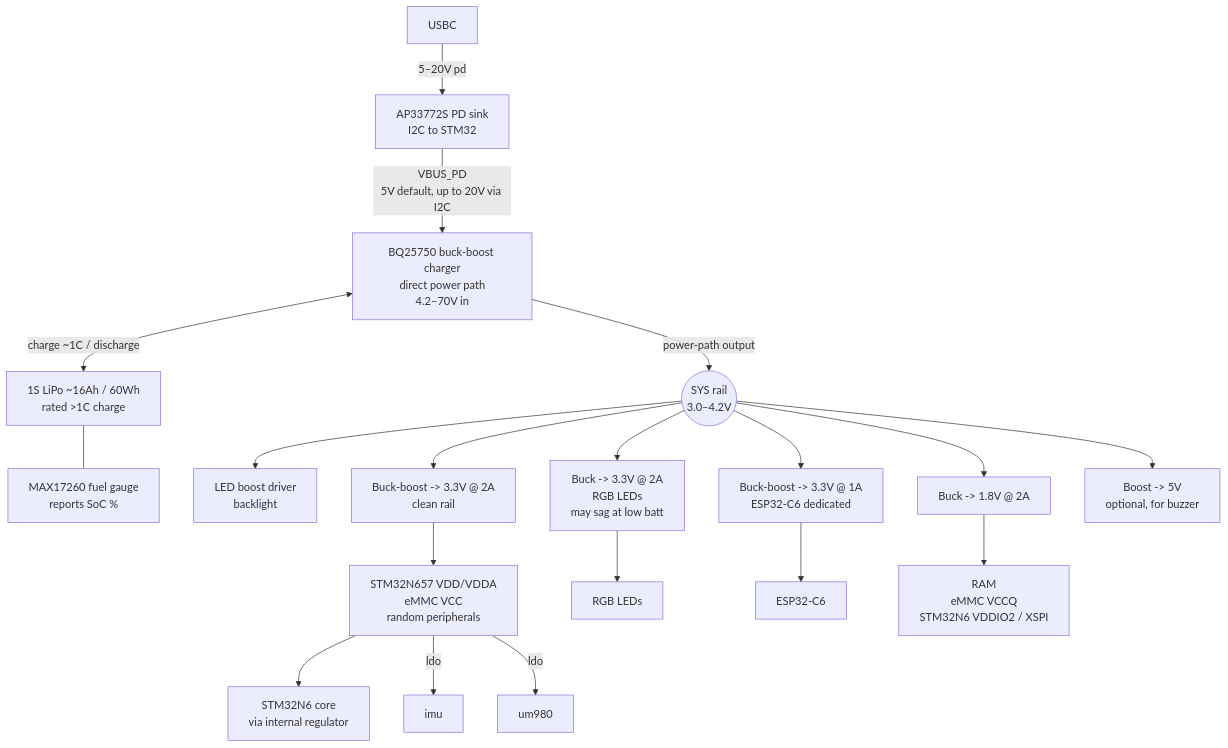
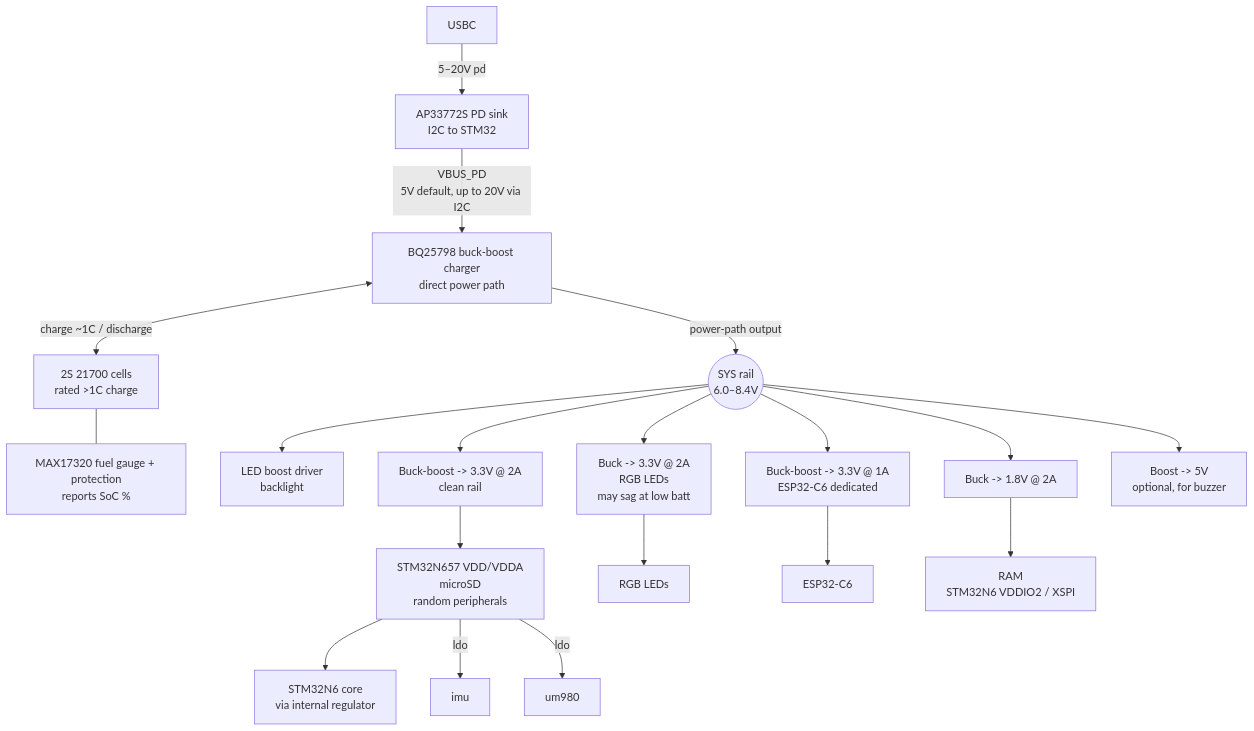
One commit to teehee567/Aevia changed the diagram in v2_design.md. Above: the diagram before and after it, drawn with Mermaid. The commit also changed other lines of this file and 1 other file, not shown here.

Commit message:
design component change

````diff
--- a/v2_design.md
+++ b/v2_design.md
@@ -71,44 +70,44 @@
 ```mermaid
 flowchart TD;
     USB[USBC]
     PD[AP33772S PD sink<br/>I2C to STM32]
-    BQ[BQ25750 buck-boost charger<br/>direct power path<br/>4.2–70V in]
-    BAT[1S LiPo ~16Ah / 60Wh<br/>rated >1C charge]
-    FG[MAX17260 fuel gauge<br/>reports SoC %]
-    SYS((SYS rail<br/>3.0–4.2V))
+    BQ[BQ25798 buck-boost charger<br/>direct power path]
+    BAT[2S 21700 cells<br/>rated >1C charge]
+    FG[MAX17320 fuel gauge + protection<br/>reports SoC %]
+    SYS((SYS rail<br/>6.0–8.4V))
 
     BL[LED boost driver<br/>backlight]
     B33[Buck-boost -> 3.3V @ 2A<br/>clean rail]
     B33L[Buck -> 3.3V @ 2A<br/>RGB LEDs<br/>may sag at low batt]
     BESP[Buck-boost -> 3.3V @ 1A<br/>ESP32-C6 dedicated]
     B18[Buck -> 1.8V @ 2A]
     B5[Boost -> 5V<br/>optional, for buzzer]
 
-    L33[STM32N657 VDD/VDDA<br/>eMMC VCC<br/>random peripherals]
+    L33[STM32N657 VDD/VDDA<br/>microSD<br/>random peripherals]
     LLED[RGB LEDs]
     LESP[ESP32-C6]
-    L18[RAM<br/>eMMC VCCQ<br/>STM32N6 VDDIO2 / XSPI]
+    L18[RAM<br/>STM32N6 VDDIO2 / XSPI]
     CORE[STM32N6 core<br/>via internal regulator]
 
     USB -->|5–20V pd| PD
     PD -->|VBUS_PD<br/>5V default, up to 20V via I2C| BQ
     BQ <-->|charge ~1C / discharge| BAT
     BAT --- FG
     BQ -->|power-path output| SYS
 
     SYS --> BL
     SYS --> B33
     SYS --> B33L
     SYS --> BESP
     SYS --> B18
     SYS --> B5
 
     B33 --> L33
     B33L --> LLED
     BESP --> LESP
     B18 --> L18
     L33 --> CORE
 
     L33 -->|ldo| imu
     L33 -->|ldo| um980
 ```
````
